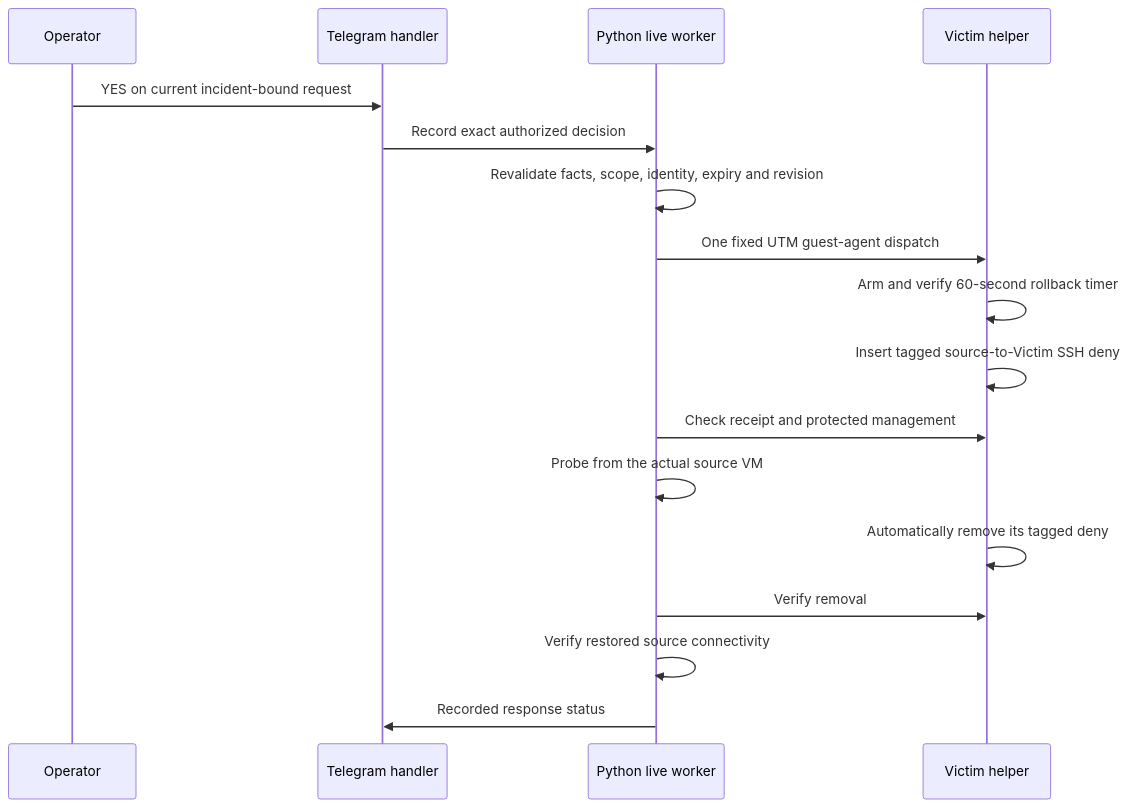
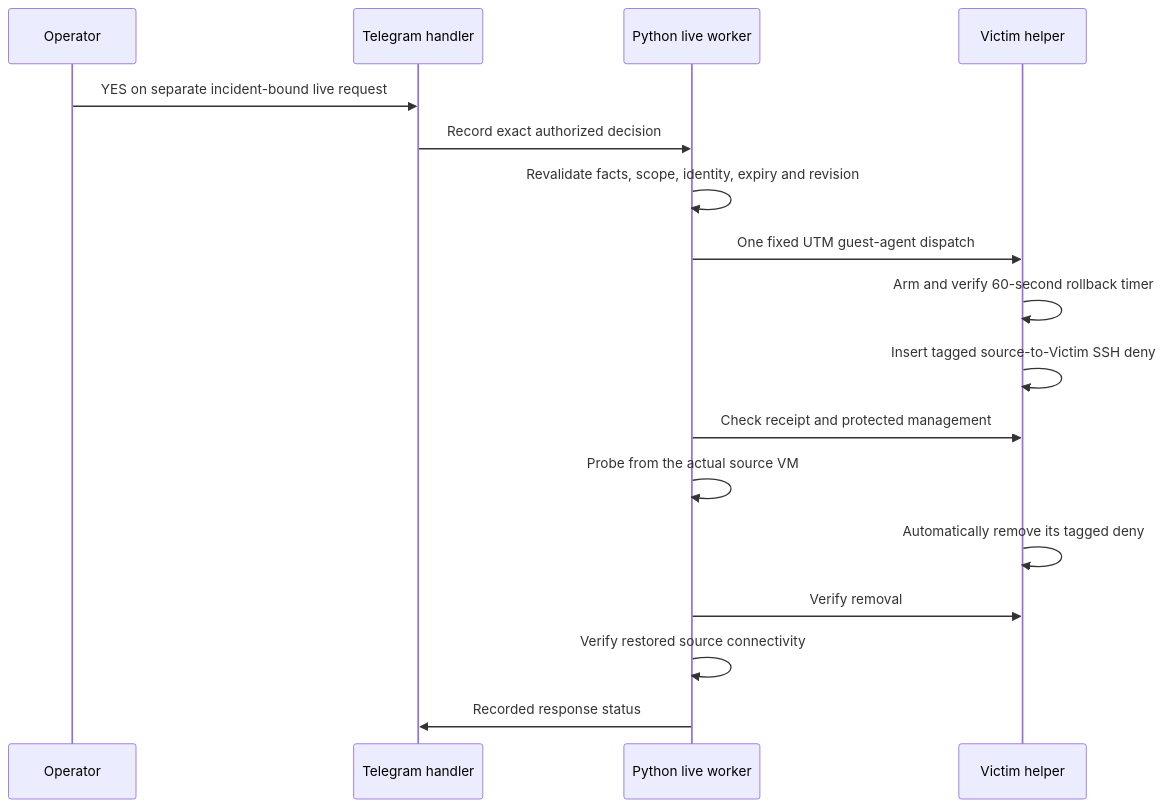
Before and after one commit to mashaojin/soar-investigation-macOS: the second of 2 diagrams in README.md, drawn with Mermaid. The commit also changed other lines of this file and 8 other files, not shown here.

Commit message:
Require separate live block approval after suspicious review

````diff
--- a/README.md
+++ b/README.md
@@ -395,19 +401,19 @@
 ```mermaid
 sequenceDiagram
     participant O as Operator
     participant T as Telegram handler
     participant P as Python live worker
     participant V as Victim helper
-    O->>T: YES on current incident-bound request
+    O->>T: YES on separate incident-bound live request
     T->>P: Record exact authorized decision
     P->>P: Revalidate facts, scope, identity, expiry and revision
     P->>V: One fixed UTM guest-agent dispatch
     V->>V: Arm and verify 60-second rollback timer
     V->>V: Insert tagged source-to-Victim SSH deny
     P->>V: Check receipt and protected management
     P->>P: Probe from the actual source VM
     V->>V: Automatically remove its tagged deny
     P->>V: Verify removal
     P->>P: Verify restored source connectivity
     P->>T: Recorded response status
 ```
````
